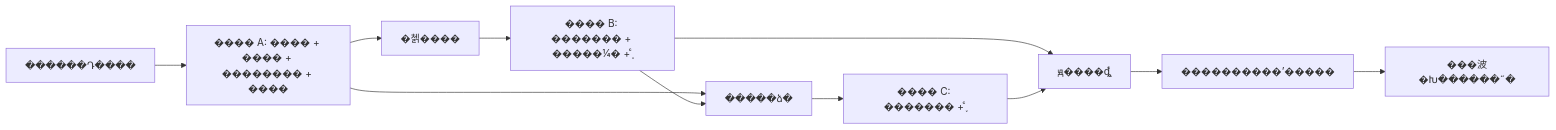
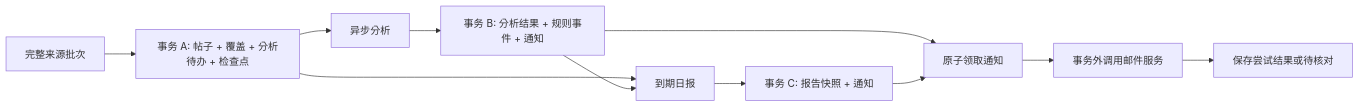
The diagram in docs/REQUIREMENTS.md (AiruoChen/X_watcher), drawn with Mermaid before and after one commit. The commit also changed other lines of this file and 6 other files, not shown here.

````diff
--- a/docs/REQUIREMENTS.md
+++ b/docs/REQUIREMENTS.md
@@ -230,13 +230,13 @@
 ```mermaid
 flowchart LR
-  A[������Դ����] --> B[���� A: ���� + ���� + �������� + ����]
-  B --> C[�첽����]
-  C --> D[���� B: ������� + �����¼� + ֪ͨ]
-  B --> E[�����ձ�]
+  A[完整来源批次] --> B[事务 A: 帖子 + 覆盖 + 分析待办 + 检查点]
+  B --> C[异步分析]
+  C --> D[事务 B: 分析结果 + 规则事件 + 通知]
+  B --> E[到期日报]
   D --> E
-  E --> F[���� C: ������� + ֪ͨ]
-  D --> G[ԭ����ȡ֪ͨ]
+  E --> F[事务 C: 报告快照 + 通知]
+  D --> G[原子领取通知]
   F --> G
-  G --> H[����������ʼ�����]
-  H --> I[���波�Խ������˶�]
+  G --> H[事务外调用邮件服务]
+  H --> I[保存尝试结果或待核对]
 ```
````
